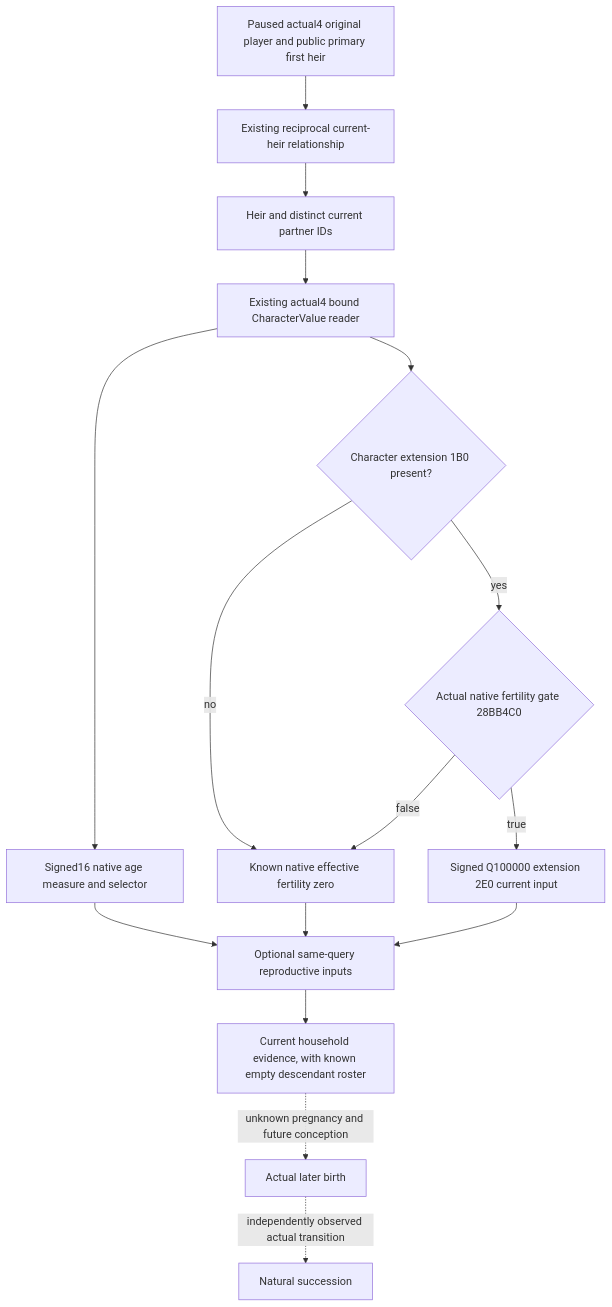
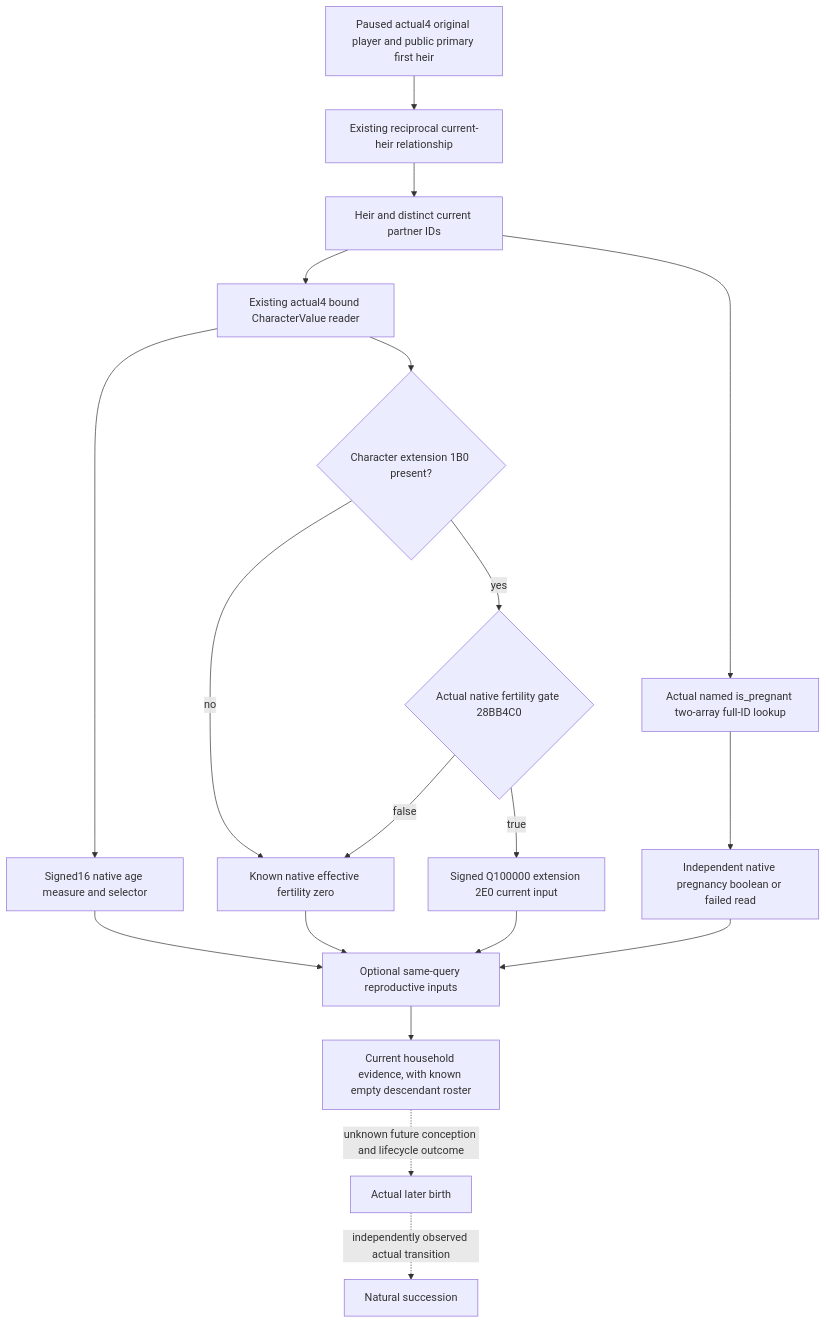
Before and after one commit to XenoAmess/ck3_eternal_recurrence: the diagram in docs/ck3-native-ai/current-first-heir-reproductive-inputs-12004.md, drawn with Mermaid. The commit also changed other lines of this file and 30 other files, not shown here.

````diff
--- a/docs/ck3-native-ai/current-first-heir-reproductive-inputs-12004.md
+++ b/docs/ck3-native-ai/current-first-heir-reproductive-inputs-12004.md
@@ -51,18 +51,21 @@
 ```mermaid
 flowchart TD
   P[Paused actual4 original player and public primary first heir] --> R[Existing reciprocal current-heir relationship]
   R --> H[Heir and distinct current partner IDs]
   H --> V[Existing actual4 bound CharacterValue reader]
   V --> A[Signed16 native age measure and selector]
   V --> E{Character extension 1B0 present?}
   E -->|no| Z[Known native effective fertility zero]
   E -->|yes| G{Actual native fertility gate 28BB4C0}
   G -->|false| Z
   G -->|true| F[Signed Q100000 extension 2E0 current input]
   A --> O[Optional same-query reproductive inputs]
   Z --> O
   F --> O
+  H --> I[Actual named is_pregnant two-array full-ID lookup]
+  I --> Q[Independent native pregnancy boolean or failed read]
+  Q --> O
   O --> C[Current household evidence, with known empty descendant roster]
-  C -. unknown pregnancy and future conception .-> B[Actual later birth]
+  C -. unknown future conception and lifecycle outcome .-> B[Actual later birth]
   B -. independently observed actual transition .-> N[Natural succession]
 ```
````
